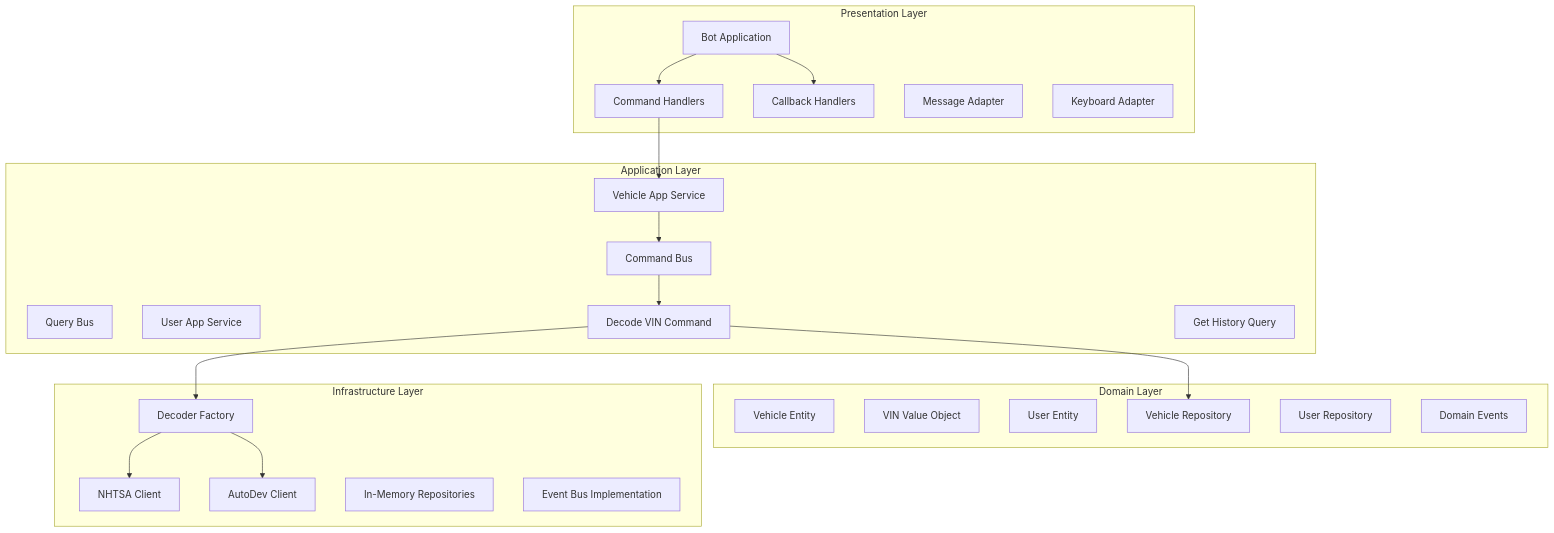
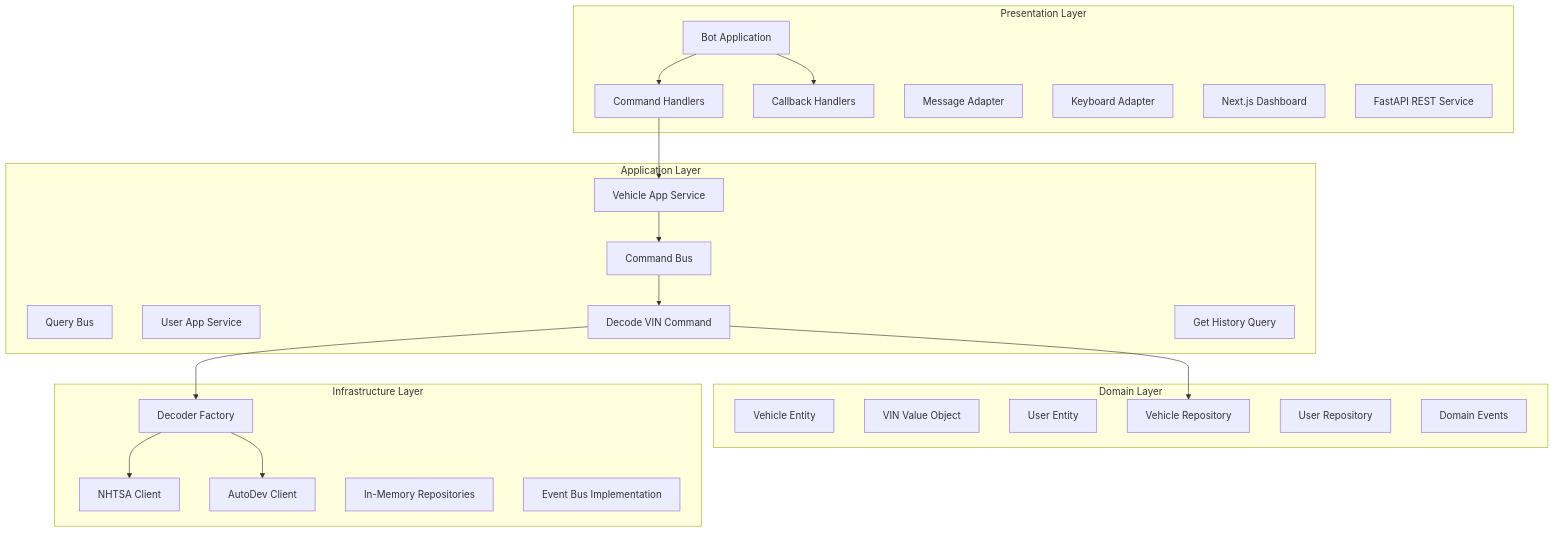
Before and after one commit to lucchesi-sec/telegram-vin-decoder-bot: the third of 6 diagrams in ARCHITECTURE.md, drawn with Mermaid. The commit also changed other lines of this file and 38 other files, not shown here.

First line of the commit message:
Implement Web Dashboard with Next.js and FastAPI integration

````diff
--- a/ARCHITECTURE.md
+++ b/ARCHITECTURE.md
@@ -176,46 +208,48 @@
 ```mermaid
 graph TB
     subgraph "Presentation Layer"
         BotApp[Bot Application]
         CmdHandler[Command Handlers]
         CallbackHandler[Callback Handlers]
         MsgAdapter[Message Adapter]
         KbAdapter[Keyboard Adapter]
+        WebDashboard[Next.js Dashboard]
+        RestAPI[FastAPI REST Service]
     end
     
     subgraph "Application Layer"
         CmdBus[Command Bus]
         QueryBus[Query Bus]
         VehicleService[Vehicle App Service]
         UserService[User App Service]
         DecodeCmd[Decode VIN Command]
         GetHistoryQuery[Get History Query]
     end
     
     subgraph "Domain Layer"
         Vehicle[Vehicle Entity]
         VIN[VIN Value Object]
         User[User Entity]
         VehicleRepo[Vehicle Repository]
         UserRepo[User Repository]
         DomainEvents[Domain Events]
     end
     
     subgraph "Infrastructure Layer"
         NHTSAClient[NHTSA Client]
         AutoDevClient[AutoDev Client]
         DecoderFactory[Decoder Factory]
         InMemRepo[In-Memory Repositories]
         EventBus[Event Bus Implementation]
     end
     
     BotApp --> CmdHandler
     BotApp --> CallbackHandler
     CmdHandler --> VehicleService
     VehicleService --> CmdBus
     CmdBus --> DecodeCmd
     DecodeCmd --> VehicleRepo
     DecodeCmd --> DecoderFactory
     DecoderFactory --> NHTSAClient
     DecoderFactory --> AutoDevClient
 ```
````
